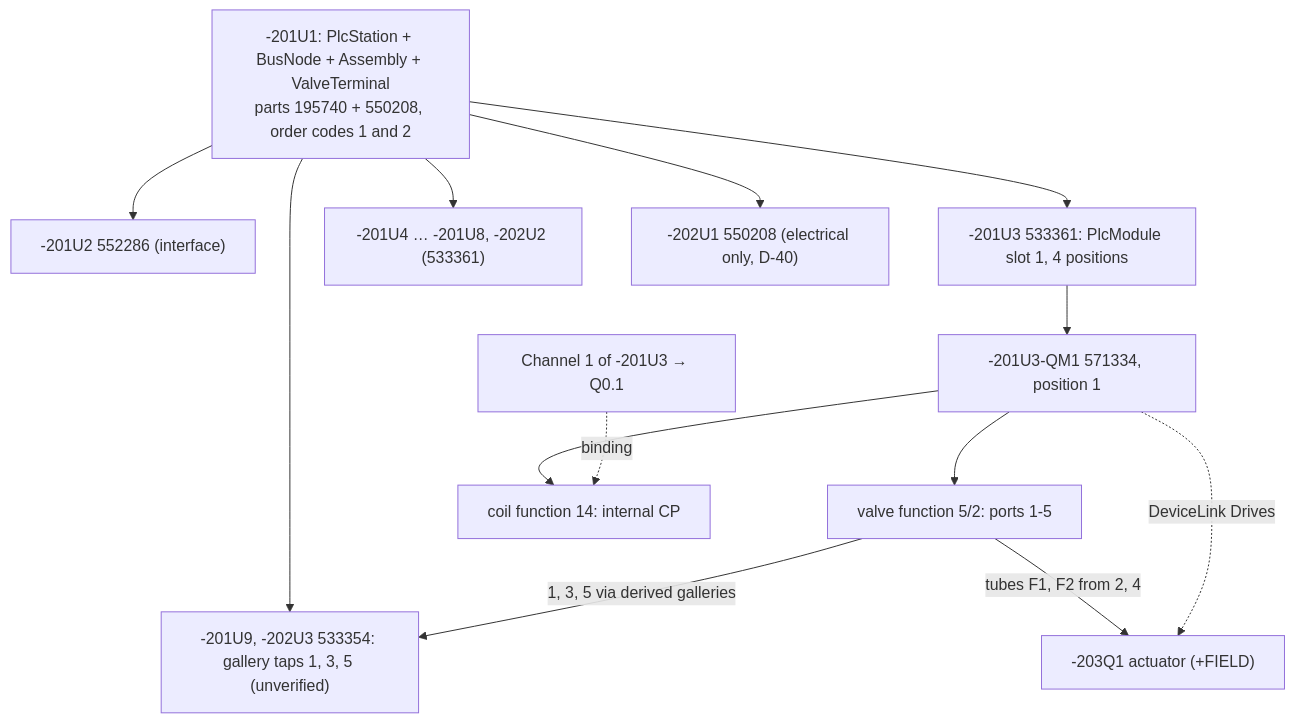
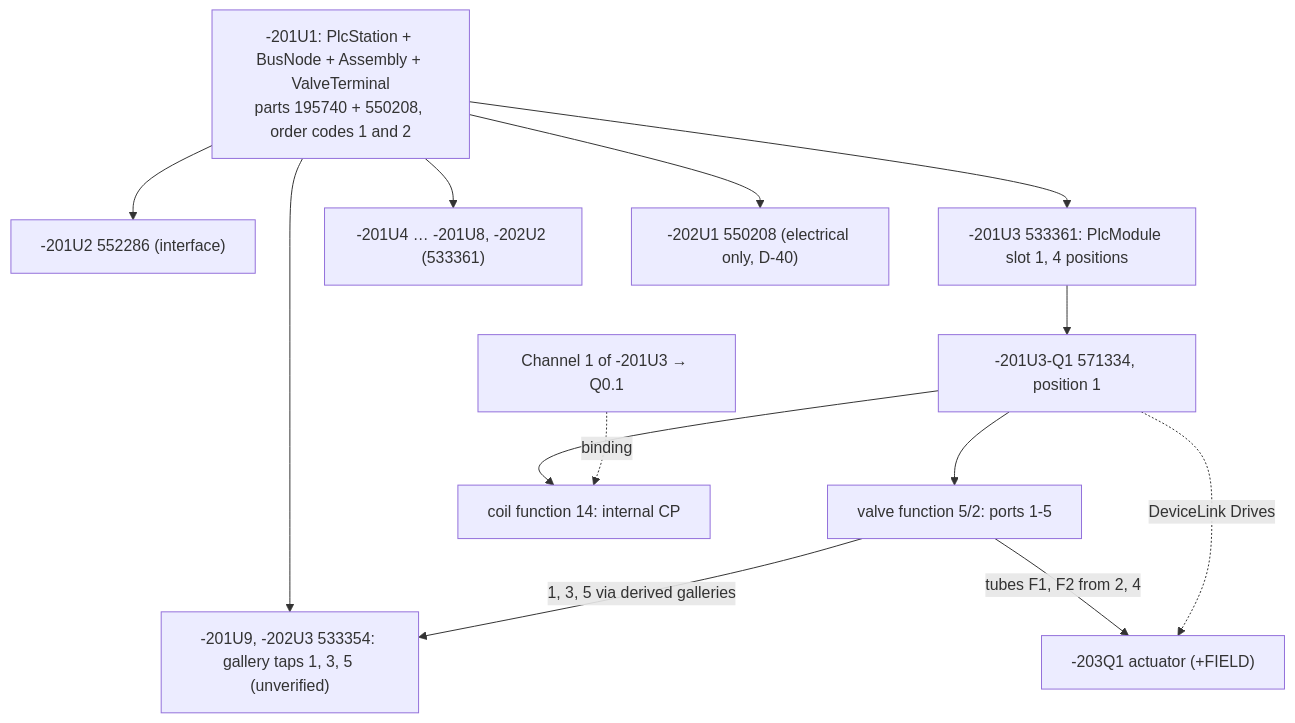
One commit to Ironkode787/ElektraWatt changed the first of 2 diagrams in docs/design/11-fluid-power.md. Above: the diagram before and after it, drawn with Mermaid. The commit also changed other lines of this file and 51 other files, not shown here.

````diff
--- a/docs/design/11-fluid-power.md
+++ b/docs/design/11-fluid-power.md
@@ -258,16 +259,16 @@
 ```mermaid
 flowchart TB
   U1["-201U1: PlcStation + BusNode + Assembly + ValveTerminal<br/>parts 195740 + 550208, order codes 1 and 2"]
   U1 --> M2["-201U2 552286 (interface)"]
   U1 --> M3["-201U3 533361: PlcModule slot 1, 4 positions"]
   U1 --> MX["-201U4 … -201U8, -202U2 (533361)"]
   U1 --> SP["-201U9, -202U3 533354: gallery taps 1, 3, 5 (unverified)"]
   U1 --> P1["-202U1 550208 (electrical only, D-40)"]
-  M3 --> Q1["-201U3-QM1 571334, position 1"]
+  M3 --> Q1["-201U3-Q1 571334, position 1"]
   Q1 --> VF["valve function 5/2: ports 1-5"]
   Q1 --> CF["coil function 14: internal CP"]
   CH["Channel 1 of -201U3 → Q0.1"] -. binding .-> CF
   VF -- "1, 3, 5 via derived galleries" --> SP
   VF -- "tubes F1, F2 from 2, 4" --> FD["-203Q1 actuator (+FIELD)"]
   Q1 -. DeviceLink Drives .-> FD
 ```
````
